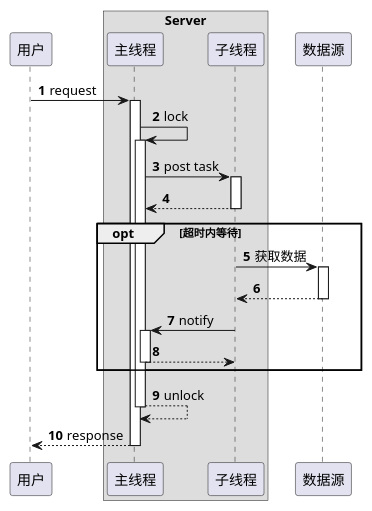
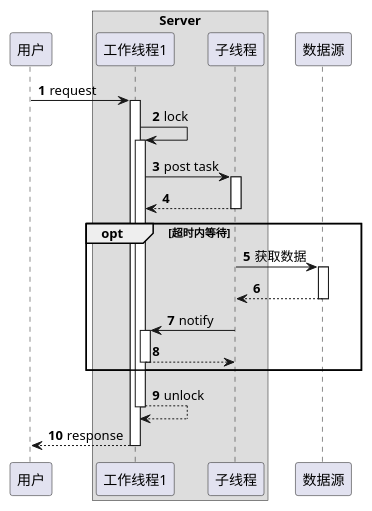
Before and after one commit to Soybeany/bd-cachev2: the first of 2 diagrams in src/main/resources/uml/用户请求工作时序图.puml, drawn with PlantUML. The commit also changed other lines of this file, not shown here.

Commit message:
优化“用户请求工作时序图”

```diff
--- a/src/main/resources/uml/用户请求工作时序图.puml
+++ b/src/main/resources/uml/用户请求工作时序图.puml
@@ -1,31 +1,31 @@
 @startuml
 'https://plantuml.com/sequence-diagram
 
 autonumber
 
 participant 用户
 box Server
-    participant 主线程
+    participant 工作线程1
     participant 子线程
 end box
 participant 数据源
 
-用户 -> 主线程 ++: request
+用户 -> 工作线程1 ++: request
 
-主线程 -> 主线程 ++: lock
+工作线程1 -> 工作线程1 ++: lock
 
-主线程 -> 子线程 ++: post task
+工作线程1 -> 子线程 ++: post task
 return
 
 opt 超时内等待
     子线程 -> 数据源 ++: 获取数据
     return
 
-    子线程 -> 主线程 ++: notify
+    子线程 -> 工作线程1 ++: notify
     return
 end
 
 return unlock
 
 return response
 @enduml
```
